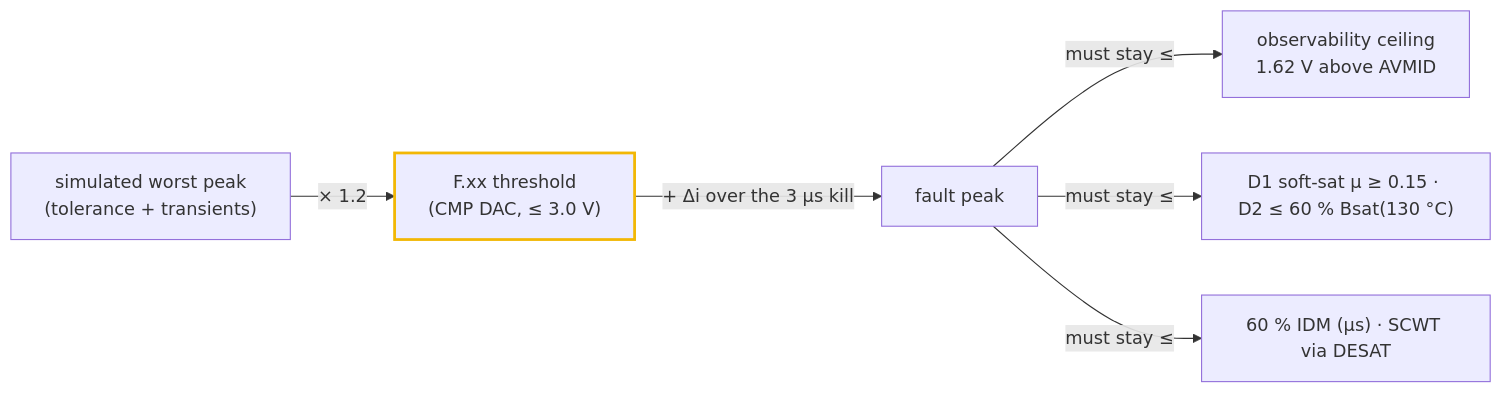
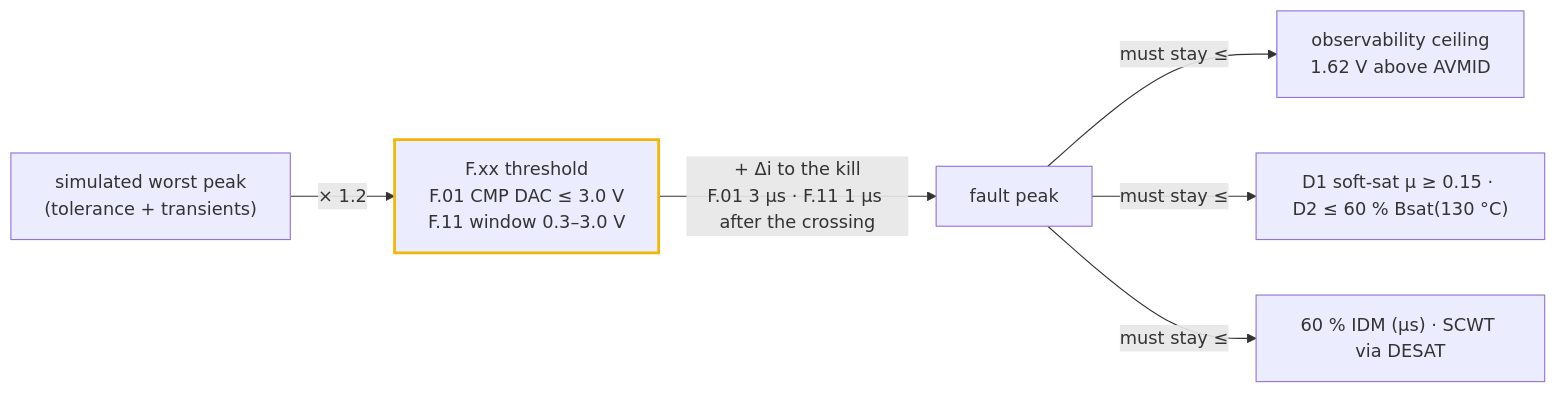
One commit to vectivolt/DC-Modules changed the third of 4 diagrams in docs/current-coordination.md. Above: the diagram before and after it, drawn with Mermaid. The commit also changed other lines of this file and 41 other files, not shown here.

````diff
--- a/docs/current-coordination.md
+++ b/docs/current-coordination.md
@@ -120,9 +138,9 @@
 ```mermaid
 flowchart LR
-  P["simulated worst peak<br/>(tolerance + transients)"] -->|"× 1.2"| TH["F.xx threshold<br/>(CMP DAC, ≤ 3.0 V)"]
-  TH -->|"+ Δi over the 3 µs kill"| FP["fault peak"]
+  P["simulated worst peak<br/>(tolerance + transients)"] -->|"× 1.2"| TH["F.xx threshold<br/>F.01 CMP DAC ≤ 3.0 V<br/>F.11 window 0.3–3.0 V"]
+  TH -->|"+ Δi to the kill<br/>F.01 3 µs · F.11 1 µs after the crossing"| FP["fault peak"]
   FP -->|"must stay ≤"| CE["observability ceiling<br/>1.62 V above AVMID"]
   FP -->|"must stay ≤"| MAG["D1 soft-sat µ ≥ 0.15 · D2 ≤ 60 % Bsat(130 °C)"]
   FP -->|"must stay ≤"| DEV["60 % IDM (µs) · SCWT via DESAT"]
   style TH stroke:#f2b705,stroke-width:2.5px
 ```
````
